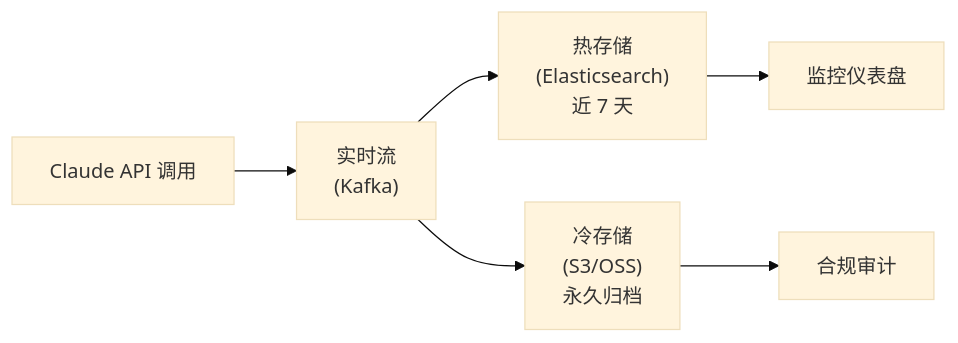
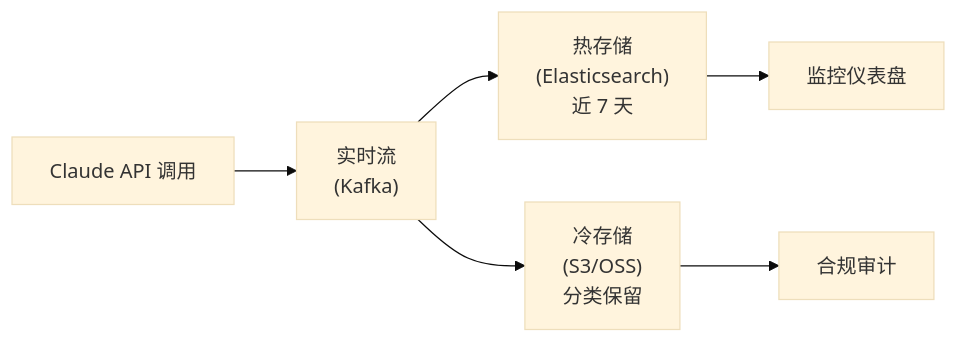
The diagram in 11_safety/11.6_compliance.md (yeasy/claude_guide), drawn with Mermaid (base theme) before and after one commit. The commit also changed other lines of this file and 26 other files, not shown here.

````diff
--- a/11_safety/11.6_compliance.md
+++ b/11_safety/11.6_compliance.md
@@ -107,8 +107,8 @@
 ```mermaid
 graph LR
     API["Claude API 调用"] --> Stream["实时流<br>(Kafka)"]
     Stream --> Hot["热存储<br>(Elasticsearch)<br>近 7 天"]
-    Stream --> Cold["冷存储<br>(S3/OSS)<br>永久归档"]
+    Stream --> Cold["冷存储<br>(S3/OSS)<br>分类保留"]
     Hot --> Dashboard["监控仪表盘"]
     Cold --> Audit["合规审计"]
 ```
````
